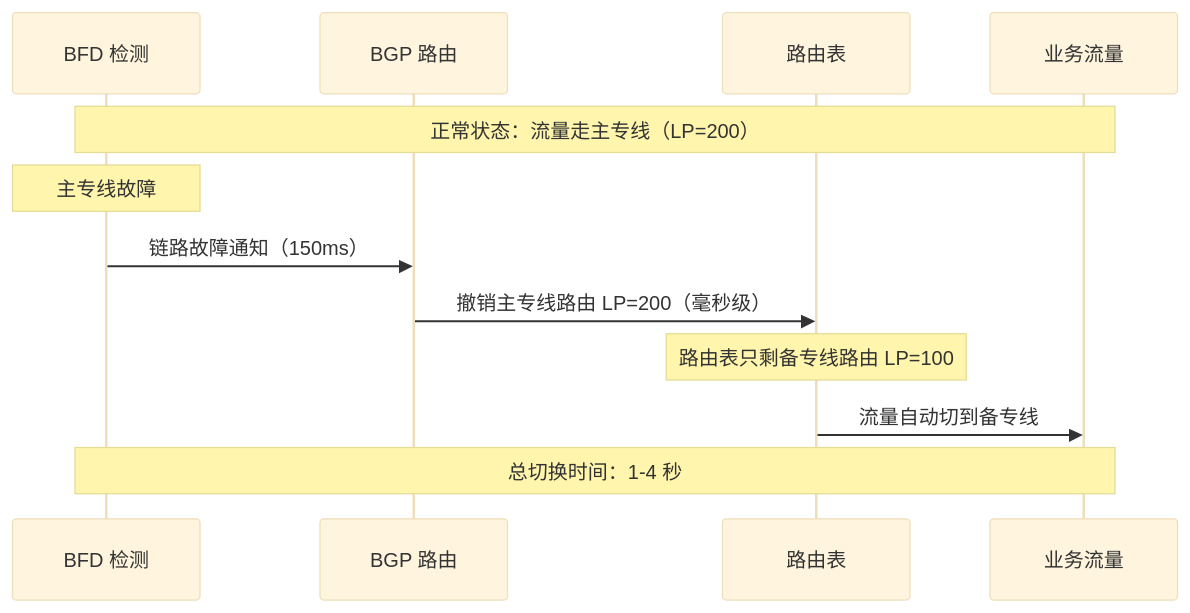
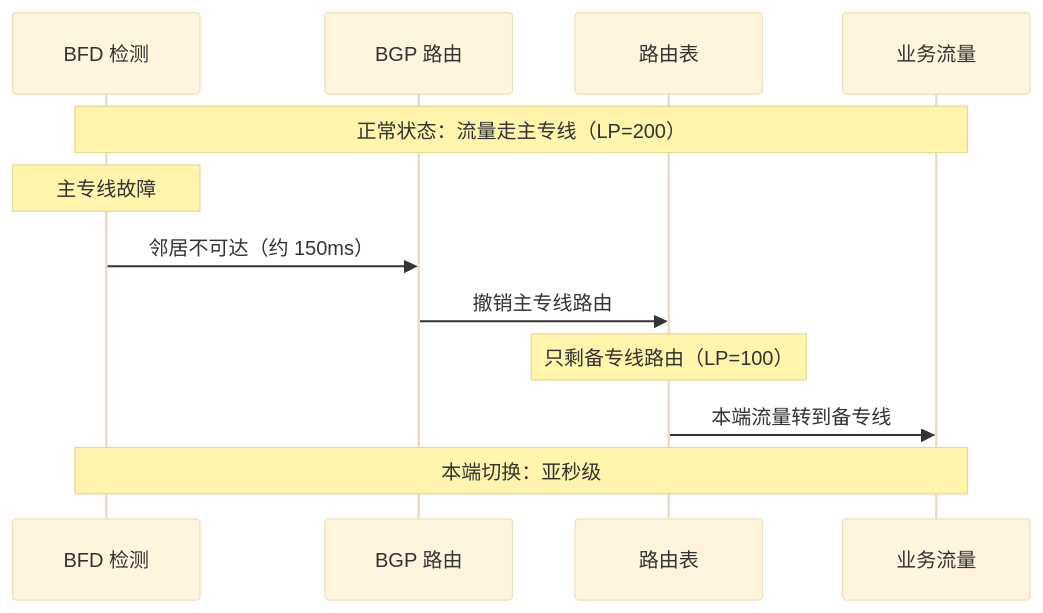
The third of 5 diagrams in docs/30.故障时如何自救多路径与网络层容灾.md (caozhiyi/network-book), drawn with Mermaid (base theme) before and after one commit. The commit also changed other lines of this file and 14 other files, not shown here.

````diff
--- a/docs/30.故障时如何自救多路径与网络层容灾.md
+++ b/docs/30.故障时如何自救多路径与网络层容灾.md
@@ -141,17 +109,17 @@
 ```mermaid
 sequenceDiagram
     participant BFD as BFD 检测
     participant BGP as BGP 路由
     participant RT as 路由表
     participant Traffic as 业务流量
-    
+
     Note over BFD,Traffic: 正常状态：流量走主专线（LP=200）
-    
+
     Note over BFD: 主专线故障
-    BFD->>BGP: 链路故障通知（150ms）
-    BGP->>RT: 撤销主专线路由 LP=200（毫秒级）
-    Note over RT: 路由表只剩备专线路由 LP=100
-    RT->>Traffic: 流量自动切到备专线
-    
-    Note over BFD,Traffic: 总切换时间：1-4 秒
+    BFD->>BGP: 邻居不可达（约 150ms）
+    BGP->>RT: 撤销主专线路由
+    Note over RT: 只剩备专线路由（LP=100）
+    RT->>Traffic: 本端流量转到备专线
+
+    Note over BFD,Traffic: 本端切换：亚秒级
 ```
````
